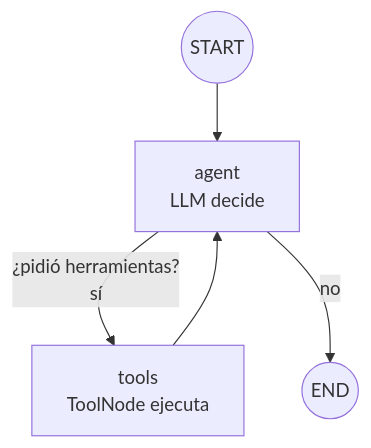
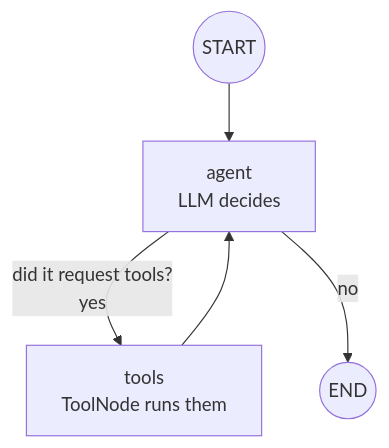
One commit to anvaldes/Langraph_Langchain_Agent changed the second of 3 diagrams in README.md. Above: the diagram before and after it, drawn with Mermaid. The commit also changed other lines of this file, not shown here.

````diff
--- a/README.md
+++ b/README.md
@@ -90,7 +90,7 @@
 ```mermaid
 flowchart TD
-    S((START)) --> A[agent<br/>LLM decide]
-    A -->|¿pidió herramientas?<br/>sí| T[tools<br/>ToolNode ejecuta]
+    S((START)) --> A[agent<br/>LLM decides]
+    A -->|did it request tools?<br/>yes| T[tools<br/>ToolNode runs them]
     T --> A
     A -->|no| E((END))
 ```
````
